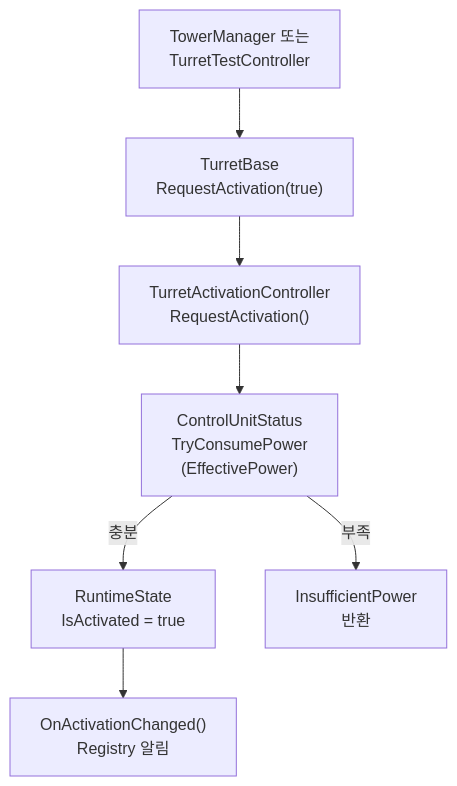
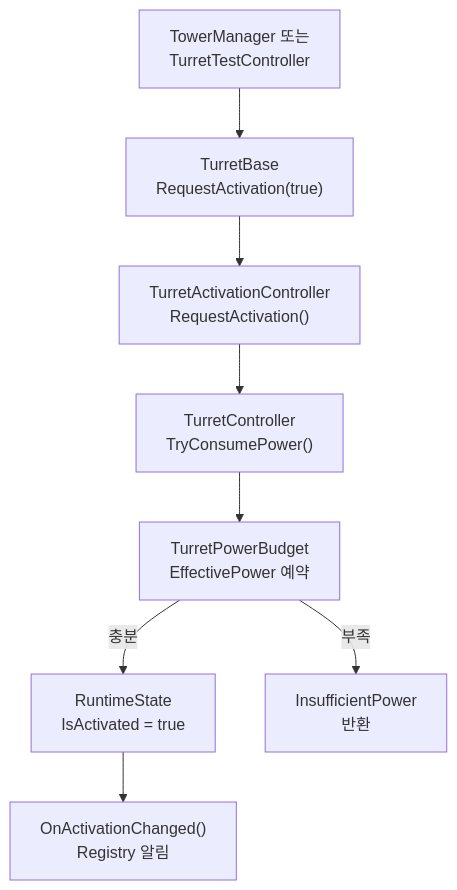
One commit to Team-HJD-21/unity-6-the-developer changed the fifth of 15 diagrams in Docs/architecture/turret-system-guide.md. Above: the diagram before and after it, drawn with Mermaid. The commit also changed other lines of this file, not shown here.

Commit message:
docs(turret): document power ownership and controller snapshot APIs

````diff
--- a/Docs/architecture/turret-system-guide.md
+++ b/Docs/architecture/turret-system-guide.md
@@ -239,9 +306,10 @@
 ```mermaid
 flowchart TD
     Request["TowerManager 또는<br>TurretTestController"] --> Base["TurretBase<br>RequestActivation(true)"]
     Base --> Controller["TurretActivationController<br>RequestActivation()"]
-    Controller --> Consume["ControlUnitStatus<br>TryConsumePower<br>(EffectivePower)"]
+    Controller --> Source["TurretController<br>TryConsumePower()"]
+    Source --> Consume["TurretPowerBudget<br>EffectivePower 예약"]
     Consume -->|충분| On["RuntimeState<br>IsActivated = true"]
     Consume -->|부족| Reject["InsufficientPower<br>반환"]
     On --> Notify["OnActivationChanged()<br>Registry 알림"]
 ```
````
